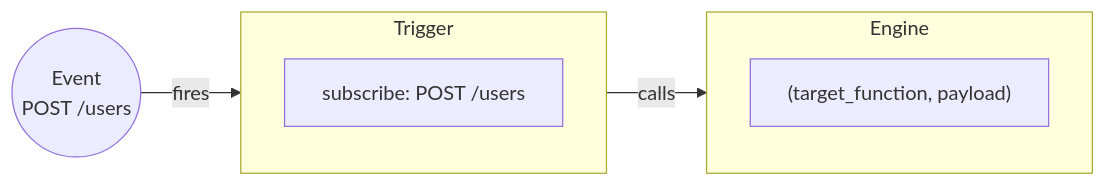
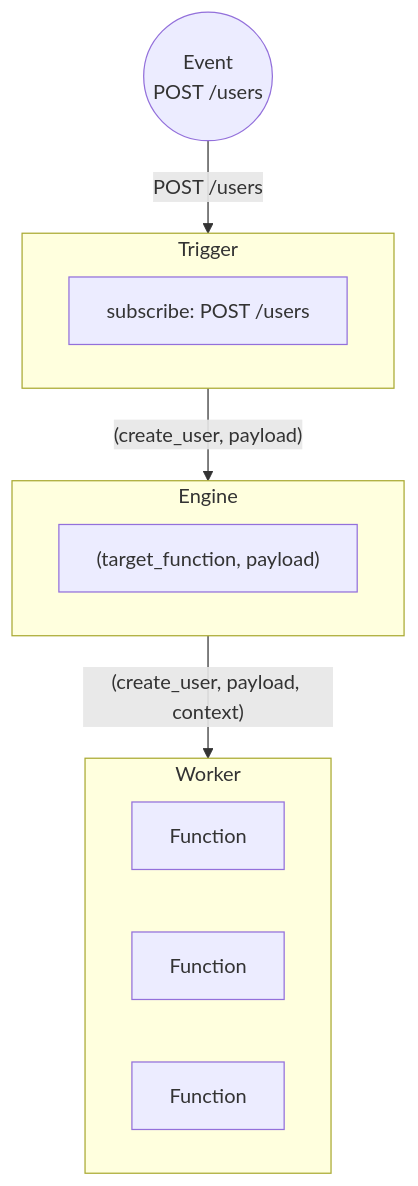
One commit to iii-hq/docs changed the diagram in content/concepts/engine.mdx. Above: the diagram before and after it, drawn with Mermaid. The commit also changed other lines of this file, not shown here.

Commit message:
update engine graph further

````diff
--- a/content/concepts/engine.mdx
+++ b/content/concepts/engine.mdx
@@ -9,11 +9,17 @@
 ```mermaid
-graph LR
-    Event((Event<br/>POST /users)) -->|fires| Trigger
+graph TB
+    Event((Event<br/>POST /users)) -->|POST /users| Trigger
     subgraph Trigger[Trigger]
         Config[subscribe: POST /users]
     end
     subgraph Engine[Engine]
         Fn["(target_function, payload)"]
     end
-    Trigger -->|calls| Engine
+    Trigger -->|"(create_user, payload)"| Engine
+    subgraph Worker[Worker]
+        Fn2[Function]
+        Fn3[Function]
+        Fn4[Function]
+    end
+Engine -->|"(create_user, payload, context)"| Worker
 ```
````
